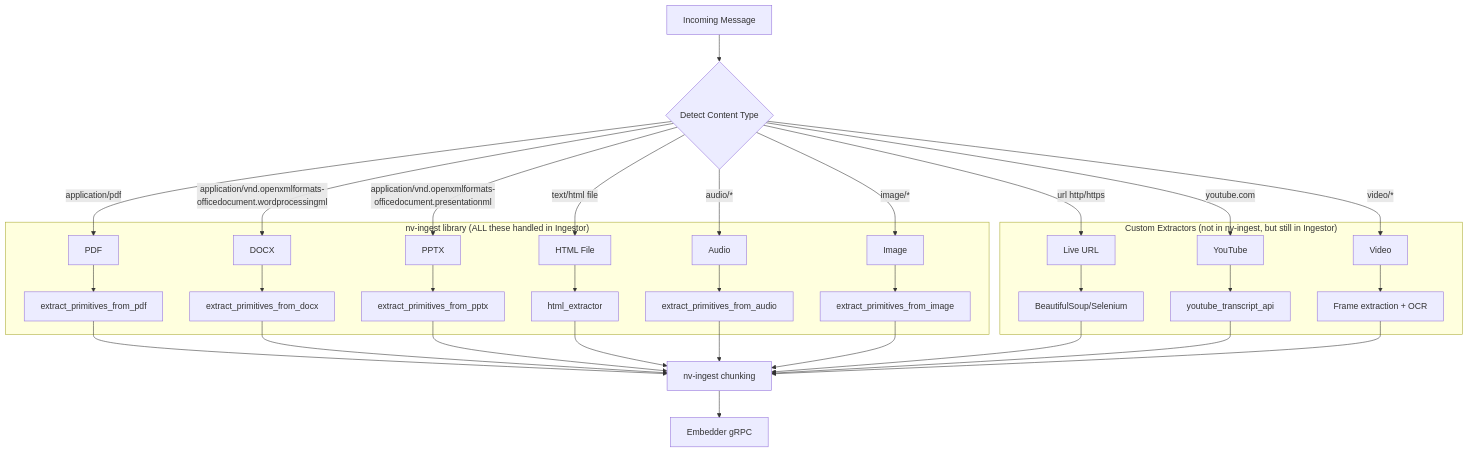
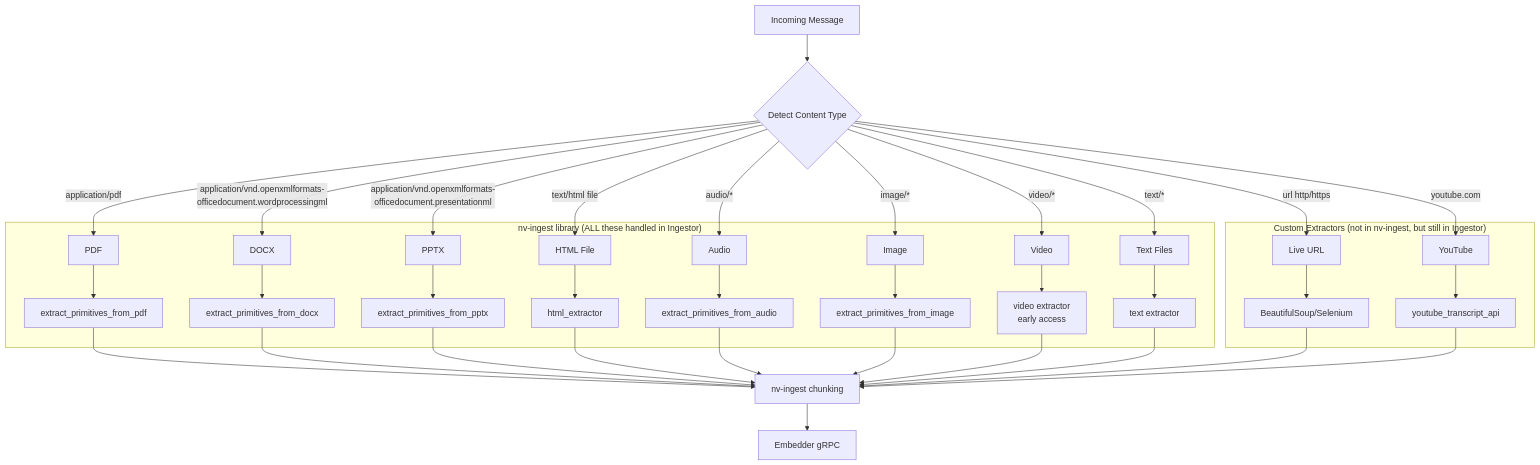
Before and after one commit to gen-mind/echo-mind: the fourth of 7 diagrams in docs/services/ingestor-service.md, drawn with Mermaid. The commit also changed other lines of this file, not shown here.

````diff
--- a/docs/services/ingestor-service.md
+++ b/docs/services/ingestor-service.md
@@ -206,34 +208,36 @@
 ```mermaid
 flowchart TD
     INPUT[Incoming Message] --> DETECT{Detect Content Type}
 
     DETECT -->|application/pdf| PDF[PDF]
     DETECT -->|application/vnd.openxmlformats-officedocument.wordprocessingml| DOCX[DOCX]
     DETECT -->|application/vnd.openxmlformats-officedocument.presentationml| PPTX[PPTX]
     DETECT -->|text/html file| HTML[HTML File]
     DETECT -->|audio/*| AUDIO[Audio]
     DETECT -->|image/*| IMAGE[Image]
     DETECT -->|video/*| VIDEO[Video]
+    DETECT -->|text/*| TEXT[Text Files]
     DETECT -->|url http/https| URL[Live URL]
     DETECT -->|youtube.com| YT[YouTube]
 
     subgraph NVIngest["nv-ingest library (ALL these handled in Ingestor)"]
         PDF --> PDF_EXT[extract_primitives_from_pdf]
         DOCX --> DOCX_EXT[extract_primitives_from_docx]
         PPTX --> PPTX_EXT[extract_primitives_from_pptx]
         HTML --> HTML_EXT[html_extractor]
         AUDIO --> AUDIO_EXT[extract_primitives_from_audio]
         IMAGE --> IMAGE_EXT[extract_primitives_from_image]
+        VIDEO --> VIDEO_EXT[video extractor<br/>early access]
+        TEXT --> TEXT_EXT[text extractor]
     end
 
     subgraph CustomExtractors["Custom Extractors (not in nv-ingest, but still in Ingestor)"]
         URL --> URL_EXT[BeautifulSoup/Selenium]
         YT --> YT_EXT[youtube_transcript_api]
-        VIDEO --> VIDEO_EXT[Frame extraction + OCR]
     end
 
-    PDF_EXT & DOCX_EXT & PPTX_EXT & HTML_EXT & AUDIO_EXT & IMAGE_EXT --> CHUNK[nv-ingest chunking]
-    URL_EXT & YT_EXT & VIDEO_EXT --> CHUNK
+    PDF_EXT & DOCX_EXT & PPTX_EXT & HTML_EXT & AUDIO_EXT & IMAGE_EXT & VIDEO_EXT & TEXT_EXT --> CHUNK[nv-ingest chunking]
+    URL_EXT & YT_EXT --> CHUNK
 
     CHUNK --> EMBEDDER[Embedder gRPC]
 ```
````
